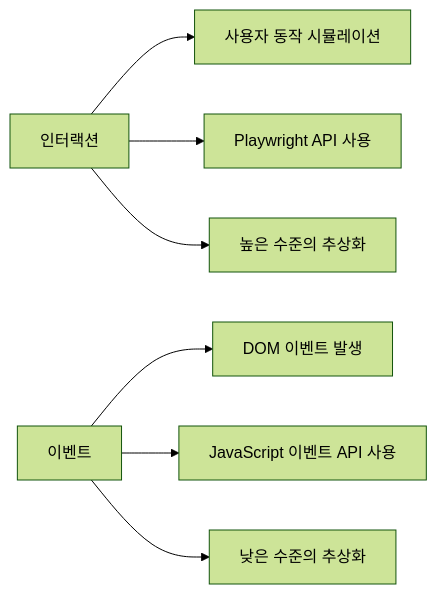
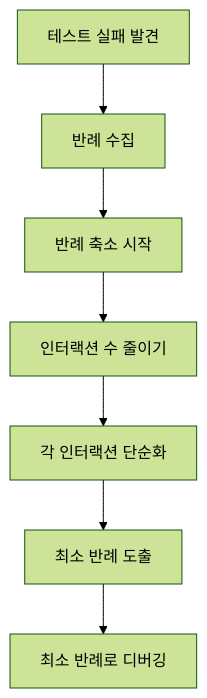
The eighth of 10 diagrams in storybook/e2e/universal-testers.md (YahngSungho/Monorepo), drawn with Mermaid (forest theme) before and after one commit. The commit also changed other lines of this file and 5 other files, not shown here.

````diff
--- a/storybook/e2e/universal-testers.md
+++ b/storybook/e2e/universal-testers.md
@@ -316,10 +401,9 @@
 ```mermaid
-flowchart LR
-    A[인터랙션] --> B[사용자 동작 시뮬레이션]
-    A --> C[Playwright API 사용]
-    A --> D[높은 수준의 추상화]
-
-    E[이벤트] --> F[DOM 이벤트 발생]
-    E --> G[JavaScript 이벤트 API 사용]
-    E --> H[낮은 수준의 추상화]
+flowchart TD
+    A[테스트 실패 발견] --> B[반례 수집]
+    B --> C[반례 축소 시작]
+    C --> D[인터랙션 수 줄이기]
+    D --> E[각 인터랙션 단순화]
+    E --> F[최소 반례 도출]
+    F --> G[최소 반례로 디버깅]
 ```
````
